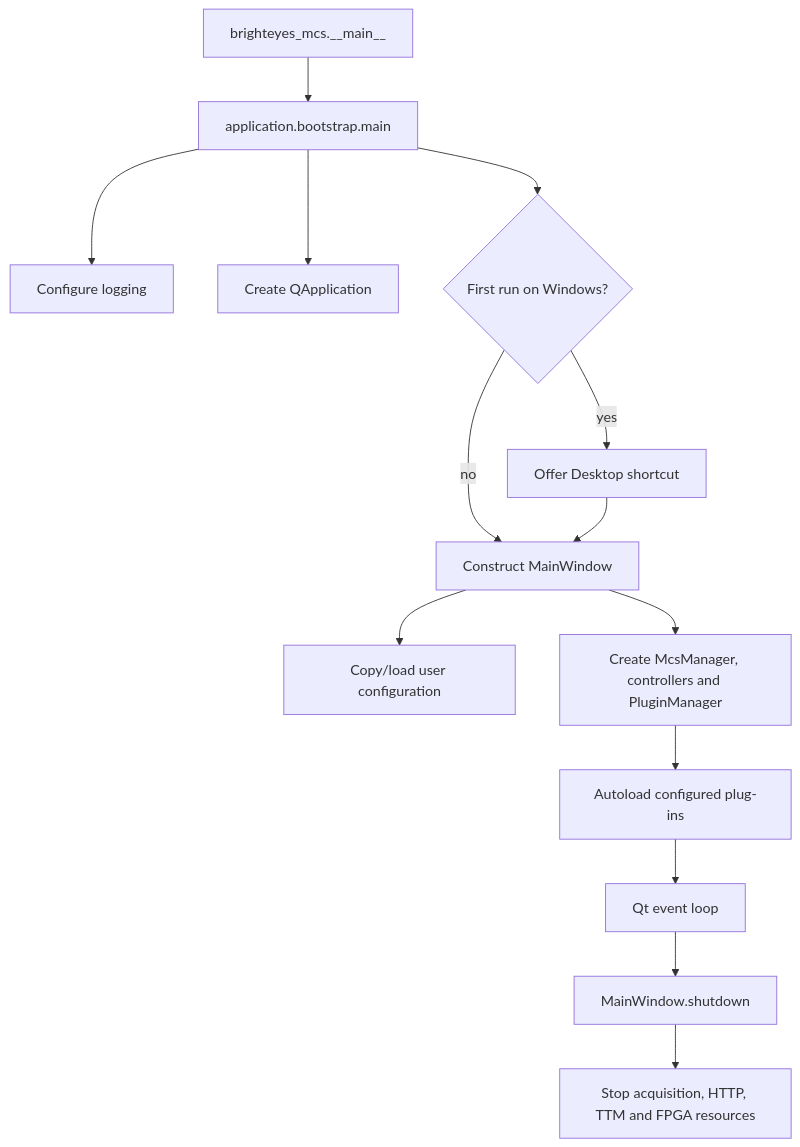
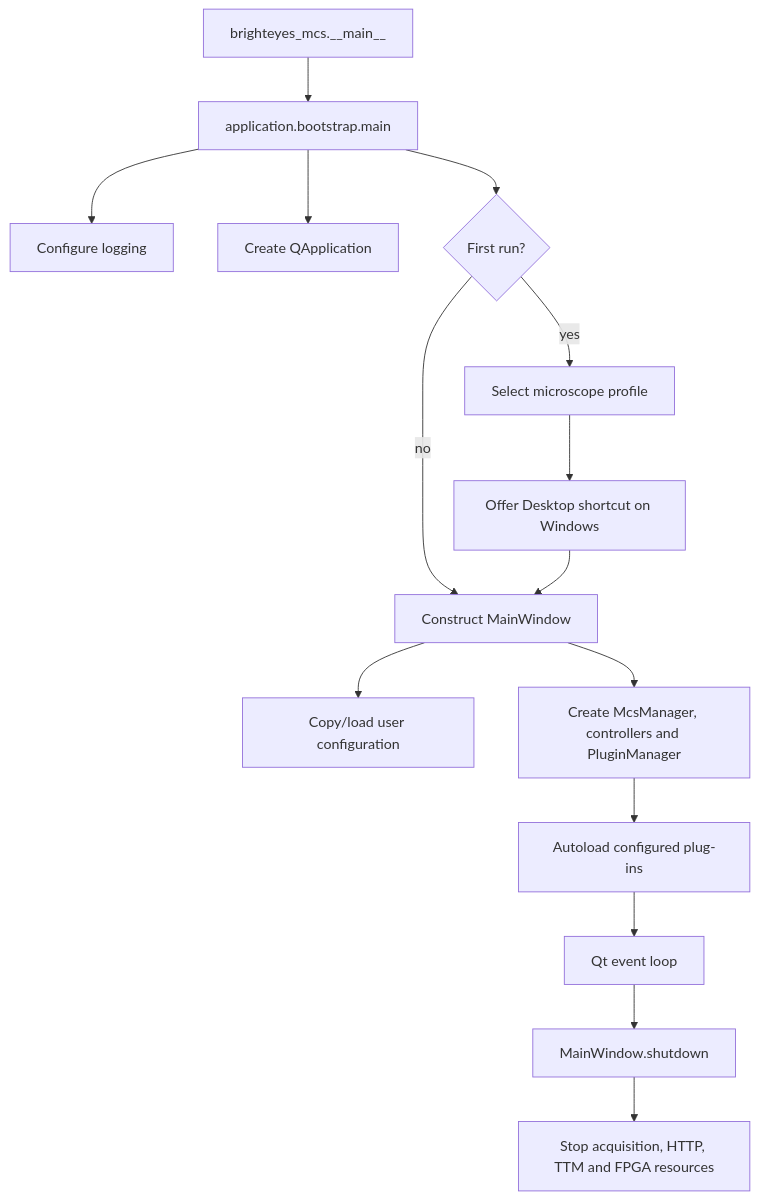
One commit to VicidominiLab/BrightEyes-MCS changed the second of 3 diagrams in docs/current-architecture.md. Above: the diagram before and after it, drawn with Mermaid. The commit also changed other lines of this file and 37 other files, not shown here.

````diff
--- a/docs/current-architecture.md
+++ b/docs/current-architecture.md
@@ -121,16 +121,17 @@
 ```mermaid
 flowchart TD
     Entry[brighteyes_mcs.__main__] --> Bootstrap[application.bootstrap.main]
     Bootstrap --> Log[Configure logging]
     Bootstrap --> QtApp[Create QApplication]
-    Bootstrap --> Setup{First run on Windows?}
-    Setup -->|yes| Shortcut[Offer Desktop shortcut]
+    Bootstrap --> Setup{First run?}
+    Setup -->|yes| Profile[Select microscope profile]
+    Profile --> Shortcut[Offer Desktop shortcut on Windows]
     Setup -->|no| Window
     Shortcut --> Window[Construct MainWindow]
     Window --> Config[Copy/load user configuration]
     Window --> Services[Create McsManager, controllers and PluginManager]
     Services --> Plugins[Autoload configured plug-ins]
     Plugins --> EventLoop[Qt event loop]
     EventLoop --> Shutdown[MainWindow.shutdown]
     Shutdown --> Processes[Stop acquisition, HTTP, TTM and FPGA resources]
 ```
````
